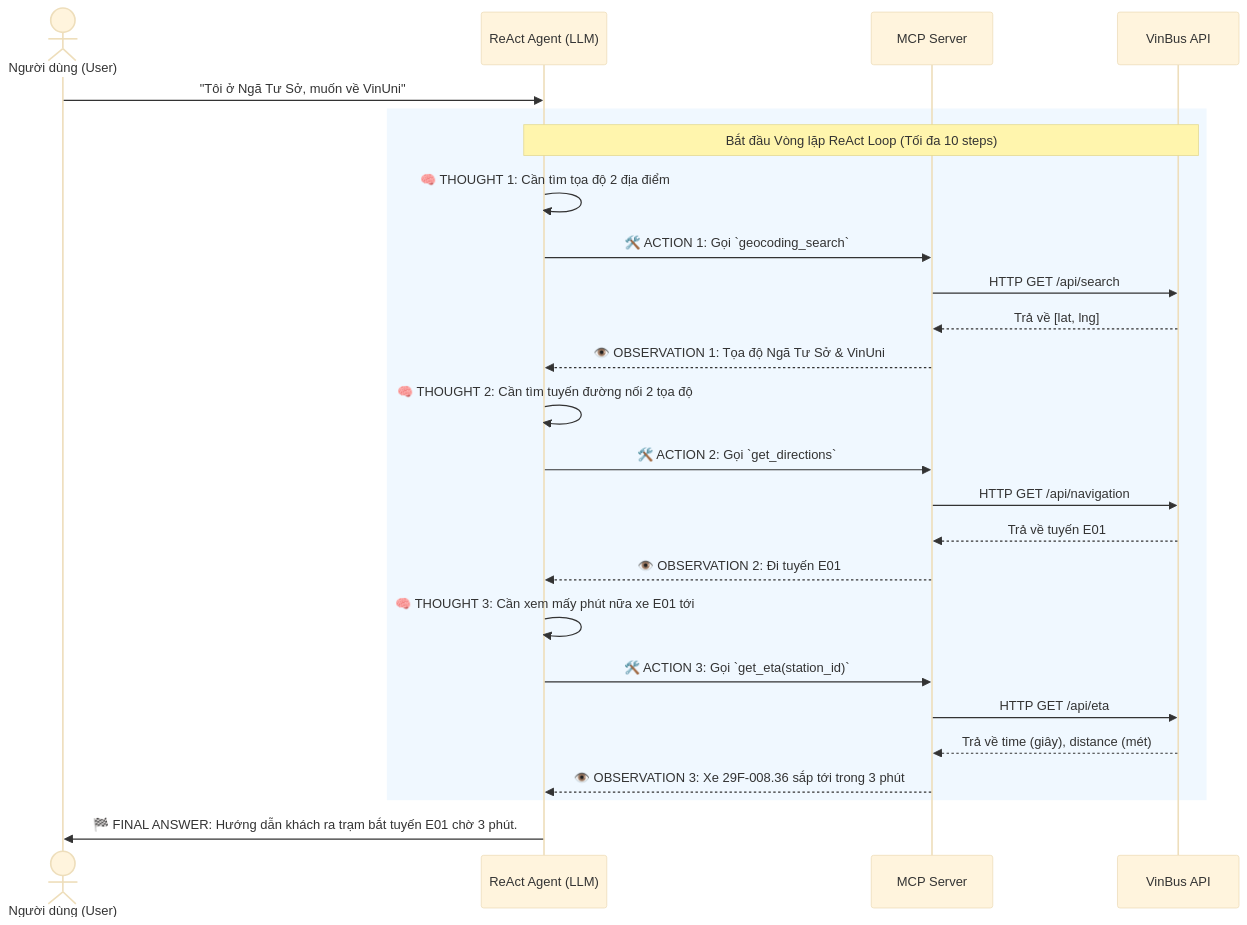
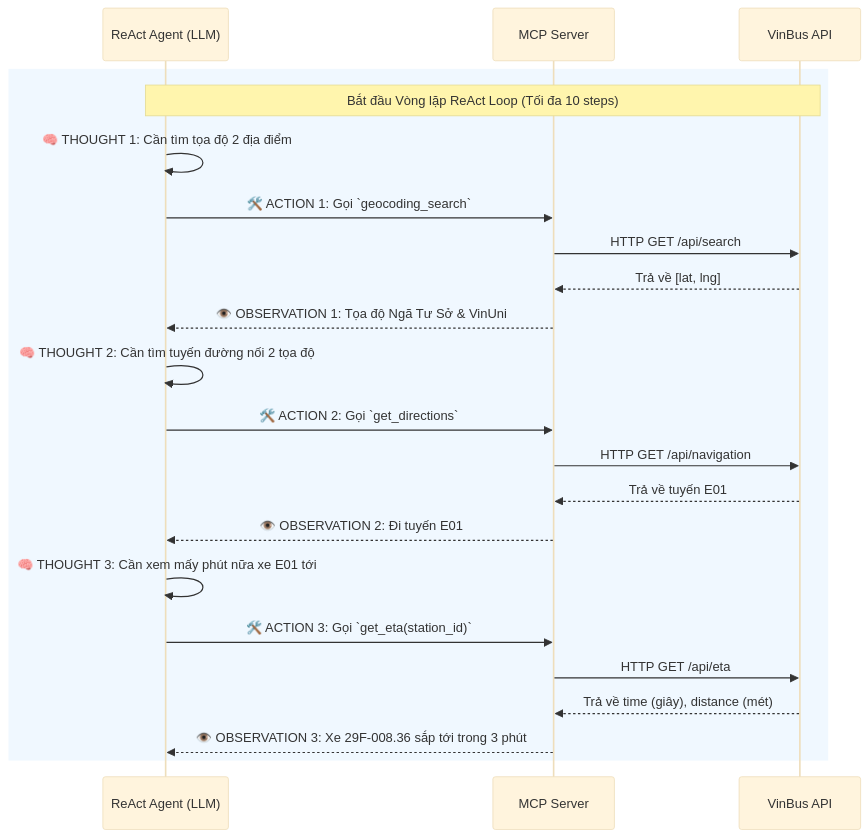
The third of 3 diagrams in DEMO_DAY.md (tranphat1506/K4A-Day03-Lab-Chatbot-vs-ReAct-Agent-MCP), drawn with Mermaid (base theme) before and after one commit. The commit also changed other lines of this file, not shown here.

Commit message:
docs: update DEMO_DAY.md with comprehensive mermaid workflows and new architecture instructions

````diff
--- a/DEMO_DAY.md
+++ b/DEMO_DAY.md
@@ -24,34 +63,29 @@
 ```mermaid
 sequenceDiagram
-    actor U as Người dùng (User)
     participant A as ReAct Agent (LLM)
     participant M as MCP Server
     participant V as VinBus API
-    
-    U->>A: "Tôi ở Ngã Tư Sở, muốn về VinUni"
     
     rect rgb(240, 248, 255)
     Note over A,V: Bắt đầu Vòng lặp ReAct Loop (Tối đa 10 steps)
     
     A->>A: 🧠 THOUGHT 1: Cần tìm tọa độ 2 địa điểm
     A->>M: 🛠️ ACTION 1: Gọi `geocoding_search`
     M->>V: HTTP GET /api/search
     V-->>M: Trả về [lat, lng]
     M-->>A: 👁️ OBSERVATION 1: Tọa độ Ngã Tư Sở & VinUni
     
     A->>A: 🧠 THOUGHT 2: Cần tìm tuyến đường nối 2 tọa độ
     A->>M: 🛠️ ACTION 2: Gọi `get_directions`
     M->>V: HTTP GET /api/navigation
     V-->>M: Trả về tuyến E01
     M-->>A: 👁️ OBSERVATION 2: Đi tuyến E01
     
     A->>A: 🧠 THOUGHT 3: Cần xem mấy phút nữa xe E01 tới
     A->>M: 🛠️ ACTION 3: Gọi `get_eta(station_id)`
     M->>V: HTTP GET /api/eta
     V-->>M: Trả về time (giây), distance (mét)
     M-->>A: 👁️ OBSERVATION 3: Xe 29F-008.36 sắp tới trong 3 phút
     
     end
-    
-    A->>U: 🏁 FINAL ANSWER: Hướng dẫn khách ra trạm bắt tuyến E01 chờ 3 phút.
 ```
````
